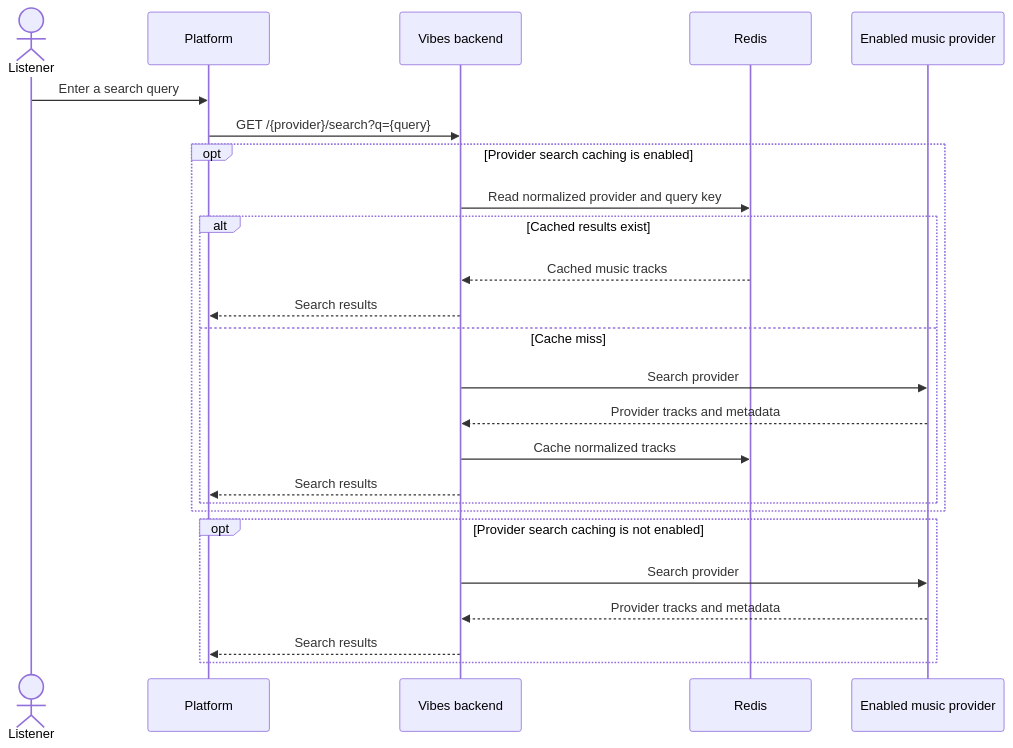
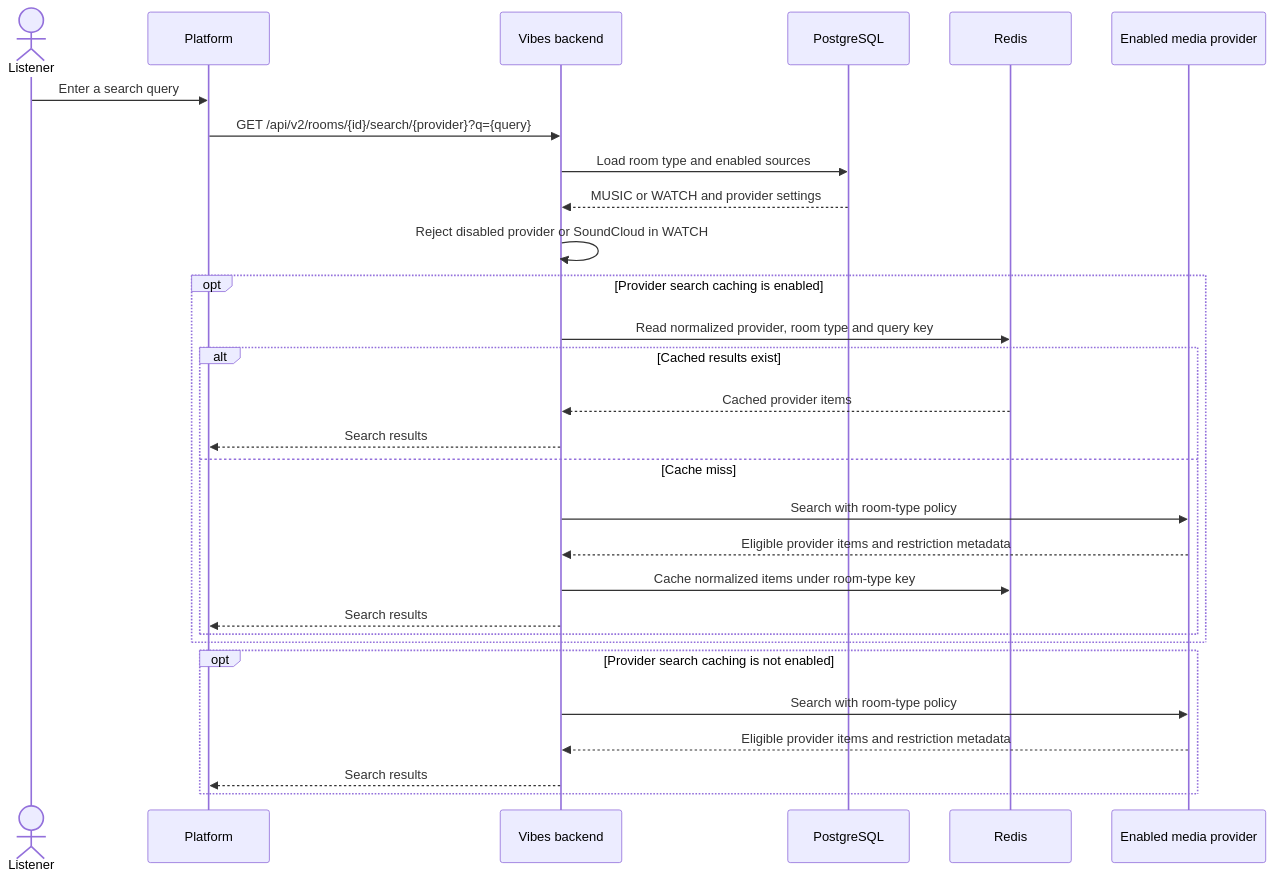
Before and after one commit to zoff-music/vibes-backend: the diagram in docs/flows/search.md, drawn with Mermaid. The commit also changed other lines of this file and 69 other files, not shown here.

````diff
--- a/docs/flows/search.md
+++ b/docs/flows/search.md
@@ -6,30 +9,34 @@
 ```mermaid
 sequenceDiagram
     actor Listener
     participant Platform
     participant API as Vibes backend
+    participant DB as PostgreSQL
     participant Cache as Redis
-    participant Provider as Enabled music provider
+    participant Provider as Enabled media provider
 
     Listener->>Platform: Enter a search query
-    Platform->>API: GET /{provider}/search?q={query}
+    Platform->>API: GET /api/v2/rooms/{id}/search/{provider}?q={query}
+    API->>DB: Load room type and enabled sources
+    DB-->>API: MUSIC or WATCH and provider settings
+    API->>API: Reject disabled provider or SoundCloud in WATCH
 
     opt Provider search caching is enabled
-        API->>Cache: Read normalized provider and query key
+        API->>Cache: Read normalized provider, room type and query key
         alt Cached results exist
-            Cache-->>API: Cached music tracks
+            Cache-->>API: Cached provider items
             API-->>Platform: Search results
         else Cache miss
-            API->>Provider: Search provider
-            Provider-->>API: Provider tracks and metadata
-            API->>Cache: Cache normalized tracks
+            API->>Provider: Search with room-type policy
+            Provider-->>API: Eligible provider items and restriction metadata
+            API->>Cache: Cache normalized items under room-type key
             API-->>Platform: Search results
         end
     end
 
     opt Provider search caching is not enabled
-        API->>Provider: Search provider
-        Provider-->>API: Provider tracks and metadata
+        API->>Provider: Search with room-type policy
+        Provider-->>API: Eligible provider items and restriction metadata
         API-->>Platform: Search results
     end
 ```
````
